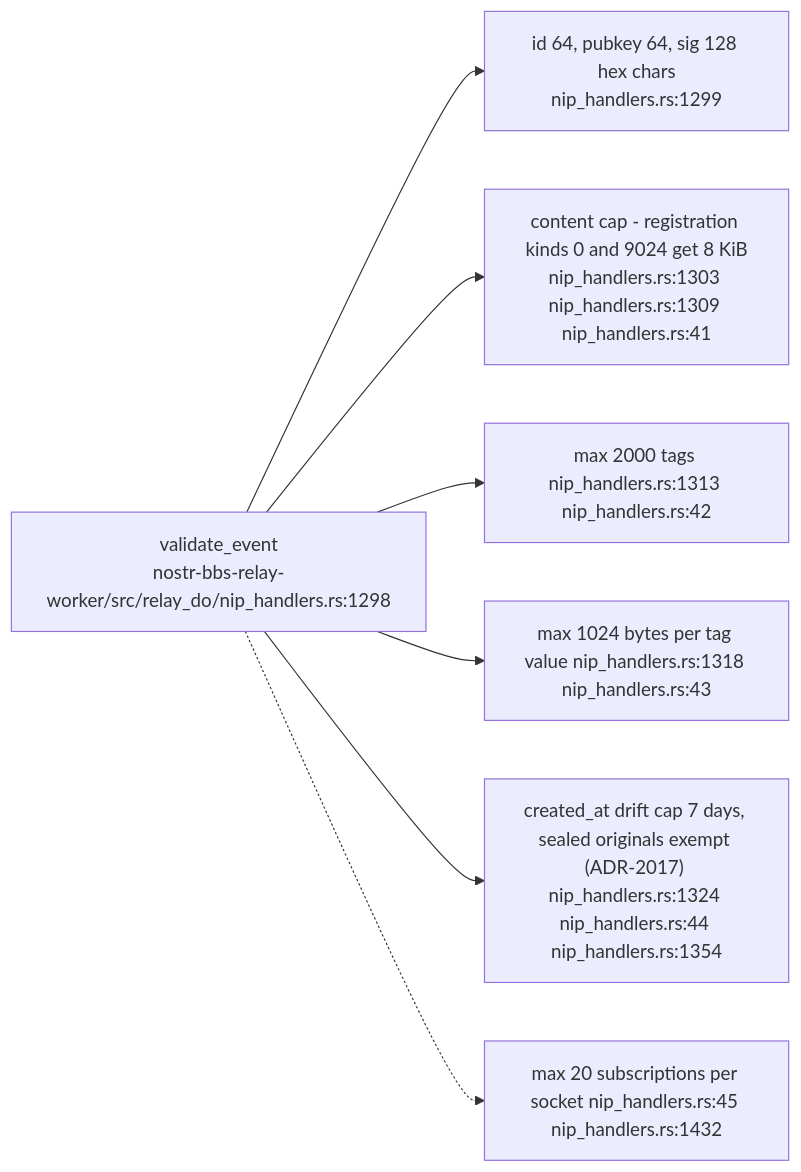
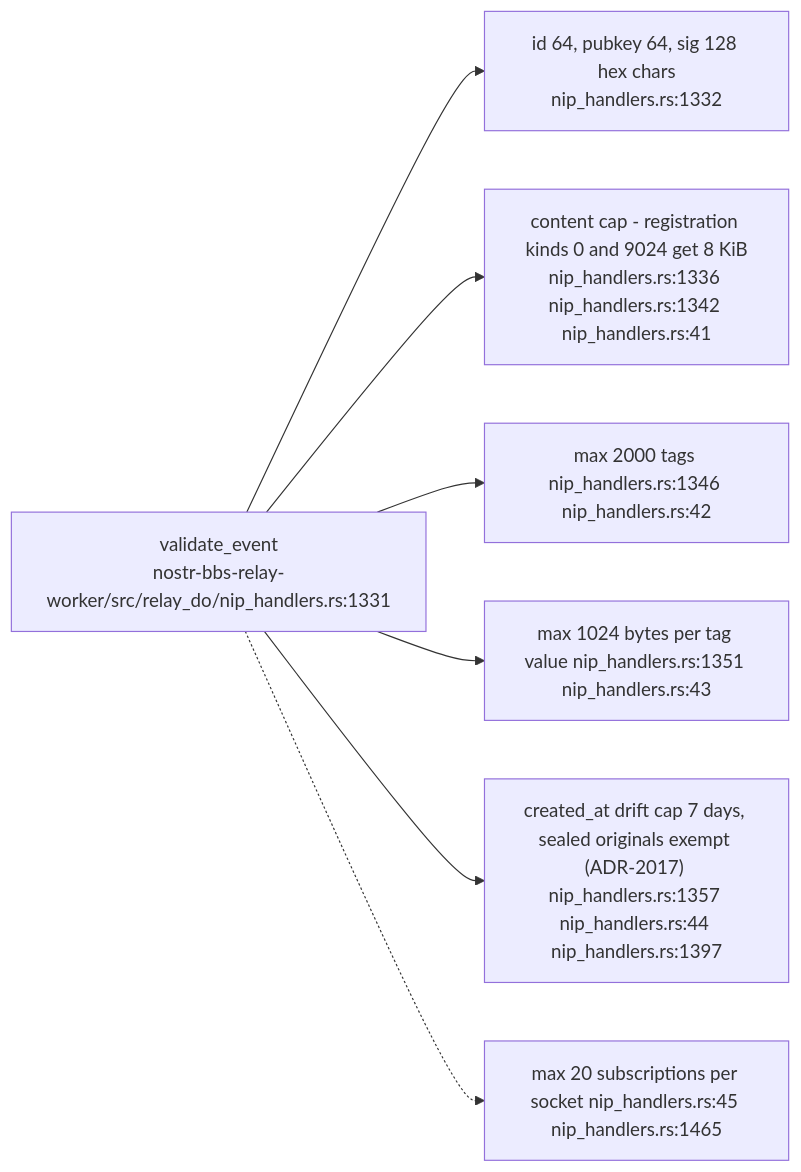
One commit to DreamLab-AI/VisionFlow changed diagram 11 of 14 in docs/diagrams/nostr-rust-forum/03-relay-worker-admission-auth-and-trust.md. Above: the diagram before and after it, drawn with Mermaid. The commit also changed other lines of this file and 111 other files, not shown here.

Commit message:
docs(diagrams): align estate maps with current source

````diff
--- a/docs/diagrams/nostr-rust-forum/03-relay-worker-admission-auth-and-trust.md
+++ b/docs/diagrams/nostr-rust-forum/03-relay-worker-admission-auth-and-trust.md
@@ -302,13 +302,13 @@
 ```mermaid
 flowchart LR
-    V["validate_event<br/>nostr-bbs-relay-worker/src/relay_do/nip_handlers.rs:1298"]
-    L1["id 64, pubkey 64, sig 128 hex chars<br/>nip_handlers.rs:1299"]
-    L2["content cap - registration kinds 0 and 9024 get 8 KiB<br/>nip_handlers.rs:1303 nip_handlers.rs:1309 nip_handlers.rs:41"]
-    L3["max 2000 tags nip_handlers.rs:1313 nip_handlers.rs:42"]
-    L4["max 1024 bytes per tag value nip_handlers.rs:1318 nip_handlers.rs:43"]
-    L5["created_at drift cap 7 days, sealed originals exempt (ADR-2017) nip_handlers.rs:1324 nip_handlers.rs:44 nip_handlers.rs:1354"]
-    L6["max 20 subscriptions per socket nip_handlers.rs:45 nip_handlers.rs:1432"]
+    V["validate_event<br/>nostr-bbs-relay-worker/src/relay_do/nip_handlers.rs:1331"]
+    L1["id 64, pubkey 64, sig 128 hex chars<br/>nip_handlers.rs:1332"]
+    L2["content cap - registration kinds 0 and 9024 get 8 KiB<br/>nip_handlers.rs:1336 nip_handlers.rs:1342 nip_handlers.rs:41"]
+    L3["max 2000 tags nip_handlers.rs:1346 nip_handlers.rs:42"]
+    L4["max 1024 bytes per tag value nip_handlers.rs:1351 nip_handlers.rs:43"]
+    L5["created_at drift cap 7 days, sealed originals exempt (ADR-2017) nip_handlers.rs:1357 nip_handlers.rs:44 nip_handlers.rs:1397"]
+    L6["max 20 subscriptions per socket nip_handlers.rs:45 nip_handlers.rs:1465"]
 
     V --> L1 & L2 & L3 & L4 & L5
     V -.-> L6
 ```
````
